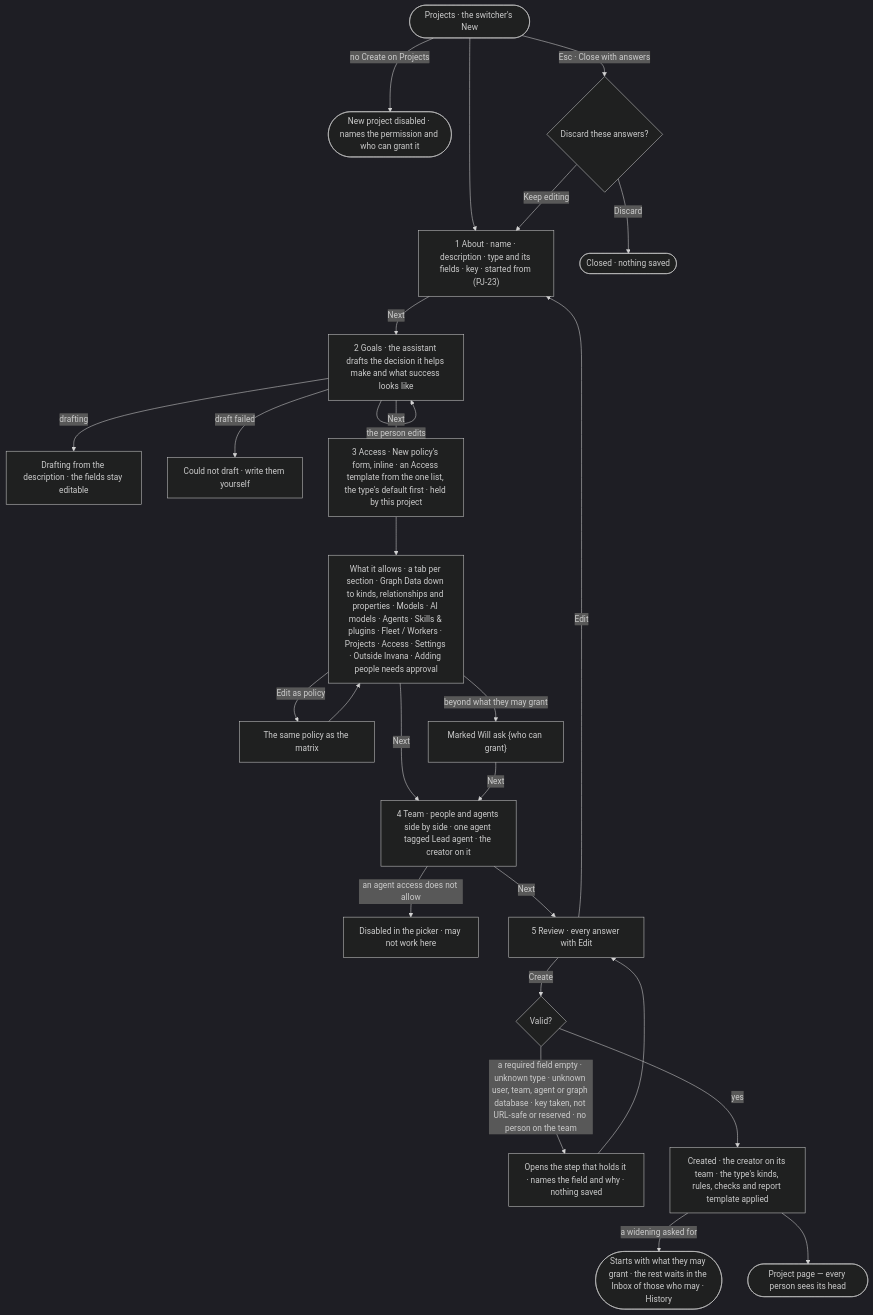
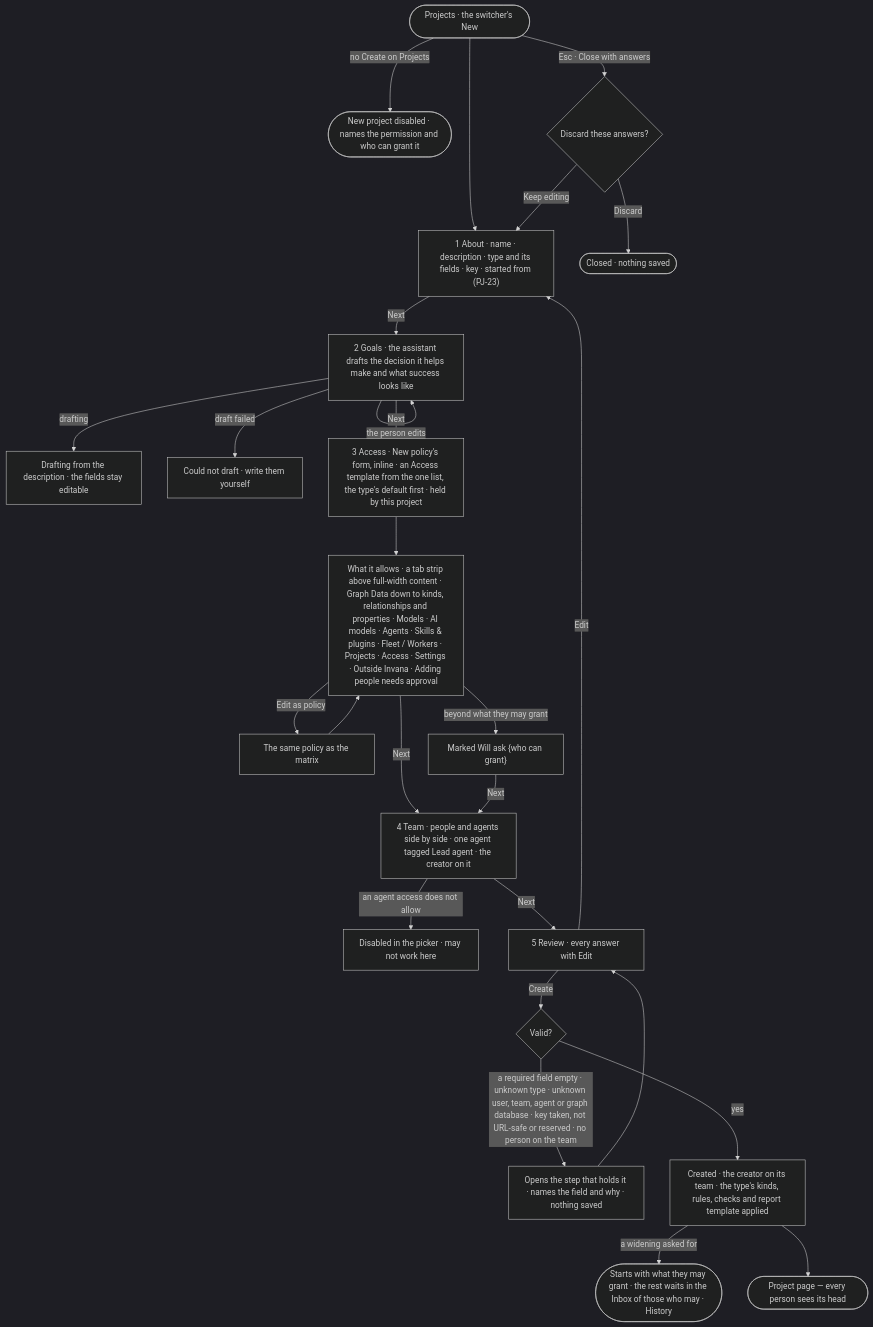
Before and after one commit to invana/invana: the diagram in specs/capabilities/projects/features/PJ-F01-projects-and-tasks/stories/PJ-02-start-a-project-of-its-type/story.md, drawn with Mermaid (dark theme). The commit also changed other lines of this file and 40 other files, not shown here.

````diff
--- a/specs/capabilities/projects/features/PJ-F01-projects-and-tasks/stories/PJ-02-start-a-project-of-its-type/story.md
+++ b/specs/capabilities/projects/features/PJ-F01-projects-and-tasks/stories/PJ-02-start-a-project-of-its-type/story.md
@@ -31,26 +31,26 @@
 ```mermaid
 flowchart TD
   s([Projects · the switcher's New]) -->|no Create on Projects| off(["New project disabled · names the permission and who can grant it"])
   s --> a["1 About · name · description · type and its fields · key · started from (PJ-23)"]
   a -->|Next| g["2 Goals · the assistant drafts the decision it helps make and what success looks like"]
   g -->|drafting| gl["Drafting from the description · the fields stay editable"]
   g -->|draft failed| gf["Could not draft · write them yourself"]
   g -->|the person edits| g
   g -->|Next| d["3 Access · New policy's form, inline · an Access template from the one list, the type's default first · held by this project"]
-  d --> form["What it allows · a tab per section · Graph Data down to kinds, relationships and properties · Models · AI models · Agents · Skills & plugins · Fleet / Workers · Projects · Access · Settings · Outside Invana · Adding people needs approval"]
+  d --> form["What it allows · a tab strip above full-width content · Graph Data down to kinds, relationships and properties · Models · AI models · Agents · Skills & plugins · Fleet / Workers · Projects · Access · Settings · Outside Invana · Adding people needs approval"]
   form -->|Edit as policy| mx["The same policy as the matrix"] --> form
   form -->|beyond what they may grant| askn["Marked Will ask {who can grant}"]
   form -->|Next| t["4 Team · people and agents side by side · one agent tagged Lead agent · the creator on it"]
   askn -->|Next| t
   t -->|an agent access does not allow| na["Disabled in the picker · may not work here"]
   t -->|Next| r["5 Review · every answer with Edit"]
   r -->|Edit| a
   r -->|Create| v{"Valid?"}
   v -->|a required field empty · unknown type · unknown user, team, agent or graph database · key taken, not URL-safe or reserved · no person on the team| ref["Opens the step that holds it · names the field and why · nothing saved"] --> r
   v -->|yes| c["Created · the creator on its team · the type's kinds, rules, checks and report template applied"]
   c -->|a widening asked for| pend(["Starts with what they may grant · the rest waits in the Inbox of those who may · History"])
   c --> pg(["Project page — every person sees its head"])
   s -->|Esc · Close with answers| x{"Discard these answers?"}
   x -->|Keep editing| a
   x -->|Discard| out(["Closed · nothing saved"])
 ```
````
